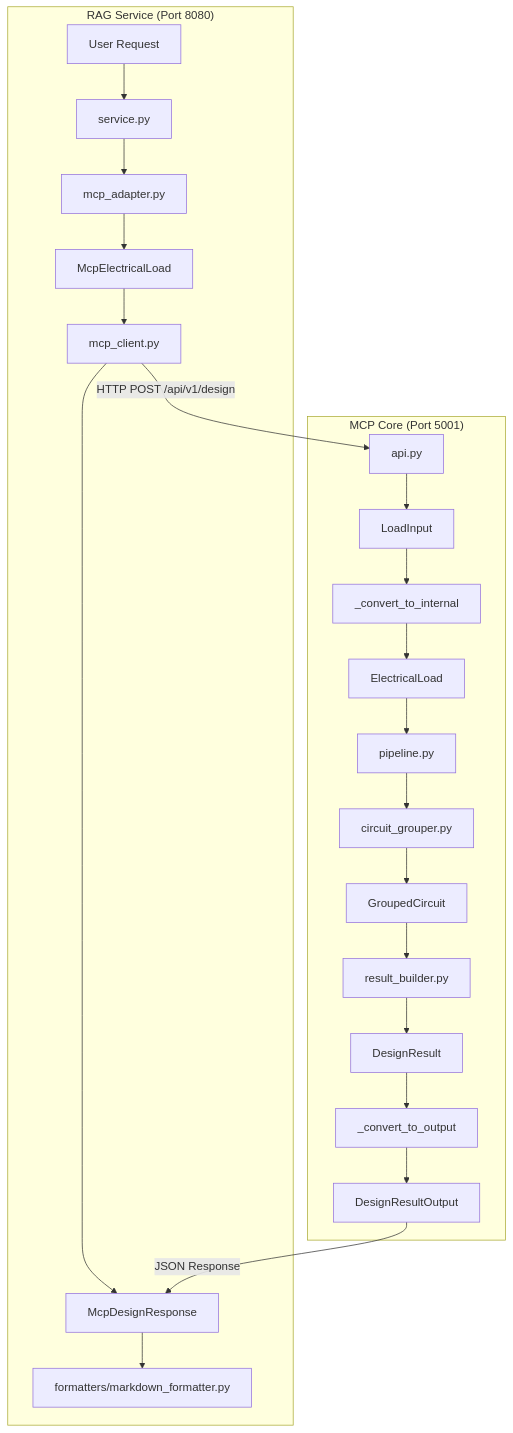
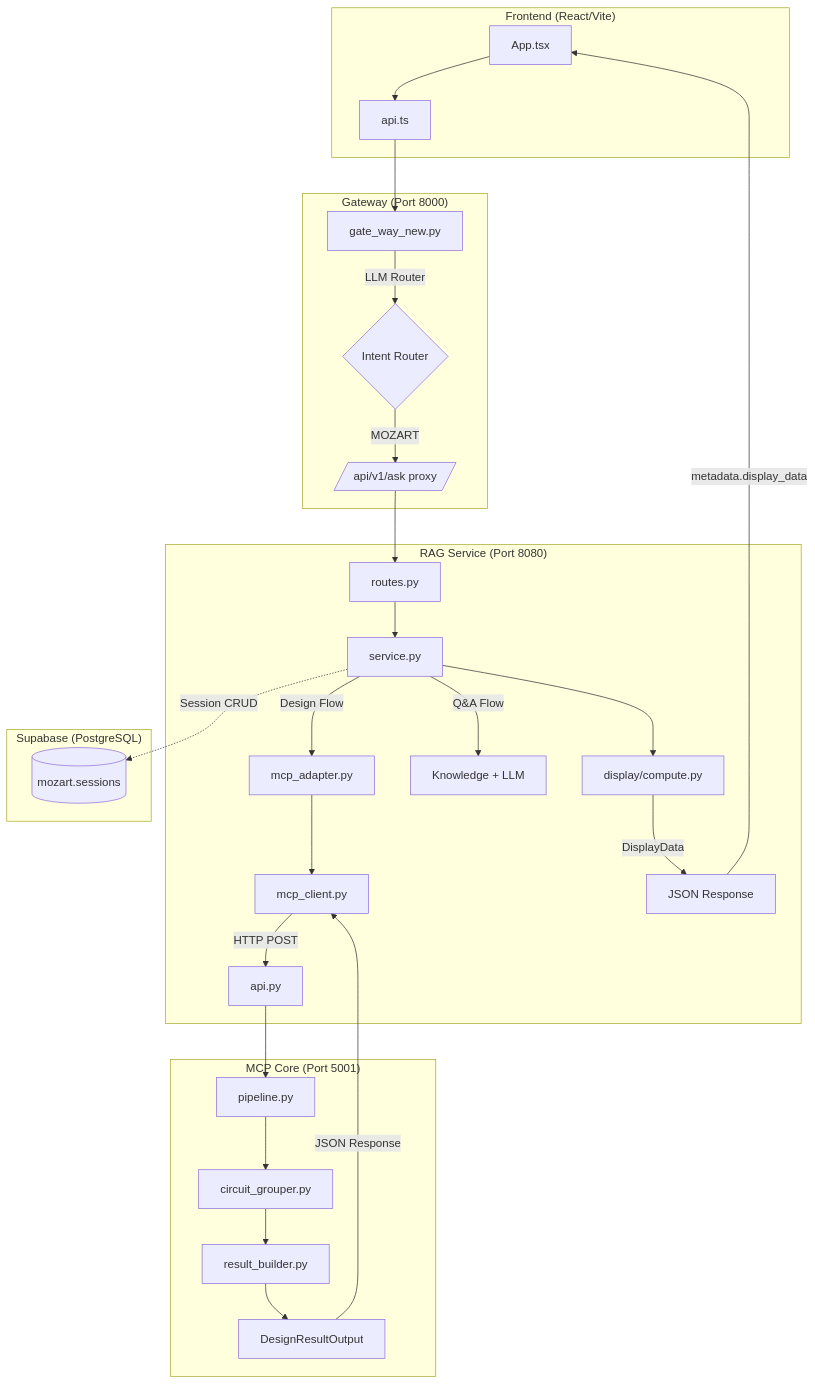
Before and after one commit to Pruek-Sang/ACA_Mozart: the diagram in Copilot-Mozart/ACA_Mozart-copilot[RAG]/QC_ACA/Blackbox_Workflow_Architecture.md, drawn with Mermaid. The commit also changed other lines of this file and 14 other files, not shown here.

````diff
--- a/Copilot-Mozart/ACA_Mozart-copilot[RAG]/QC_ACA/Blackbox_Workflow_Architecture.md
+++ b/Copilot-Mozart/ACA_Mozart-copilot[RAG]/QC_ACA/Blackbox_Workflow_Architecture.md
@@ -10,27 +10,39 @@
 ```mermaid
 graph TB
+    subgraph "Frontend (React/Vite)"
+        FE[App.tsx] --> API[api.ts]
+    end
+    
+    subgraph "Gateway (Port 8000)"
+        API --> GW[gate_way_new.py]
+        GW --> |LLM Router| ROUTER{Intent Router}
+        ROUTER --> |MOZART| RAG_PROXY[/api/v1/ask proxy/]
+    end
+    
     subgraph "RAG Service (Port 8080)"
-        A[User Request] --> B[service.py]
-        B --> C[mcp_adapter.py]
-        C --> D[McpElectricalLoad]
-        D --> E[mcp_client.py]
-        E --> F[McpDesignResponse]
-        F --> G[formatters/markdown_formatter.py]
+        RAG_PROXY --> ROUTES[routes.py]
+        ROUTES --> SVC[service.py]
+        SVC --> |"Design Flow"| ADAPTER[mcp_adapter.py]
+        ADAPTER --> CLIENT[mcp_client.py]
+        CLIENT --> |HTTP POST| MCP_API
+        
+        SVC --> |"Q&A Flow"| QA[Knowledge + LLM]
+        
+        SVC --> COMPUTE[display/compute.py]
+        COMPUTE --> |DisplayData| RESPONSE[JSON Response]
     end
     
     subgraph "MCP Core (Port 5001)"
-        H[api.py] --> I[LoadInput]
-        I --> J[_convert_to_internal]
-        J --> K[ElectricalLoad]
-        K --> L[pipeline.py]
-        L --> M[circuit_grouper.py]
-        M --> N[GroupedCircuit]
-        N --> O[result_builder.py]
-        O --> P[DesignResult]
-        P --> Q[_convert_to_output]
-        Q --> R[DesignResultOutput]
+        MCP_API[api.py] --> PIPELINE[pipeline.py]
+        PIPELINE --> GROUPER[circuit_grouper.py]
+        GROUPER --> BUILDER[result_builder.py]
+        BUILDER --> OUTPUT[DesignResultOutput]
     end
     
-    E -->|HTTP POST /api/v1/design| H
-    R -->|JSON Response| F
+    subgraph "Supabase (PostgreSQL)"
+        SVC -.->|Session CRUD| SUPABASE[(mozart.sessions)]
+    end
+    
+    OUTPUT --> |JSON Response| CLIENT
+    RESPONSE --> |metadata.display_data| FE
 ```
````
